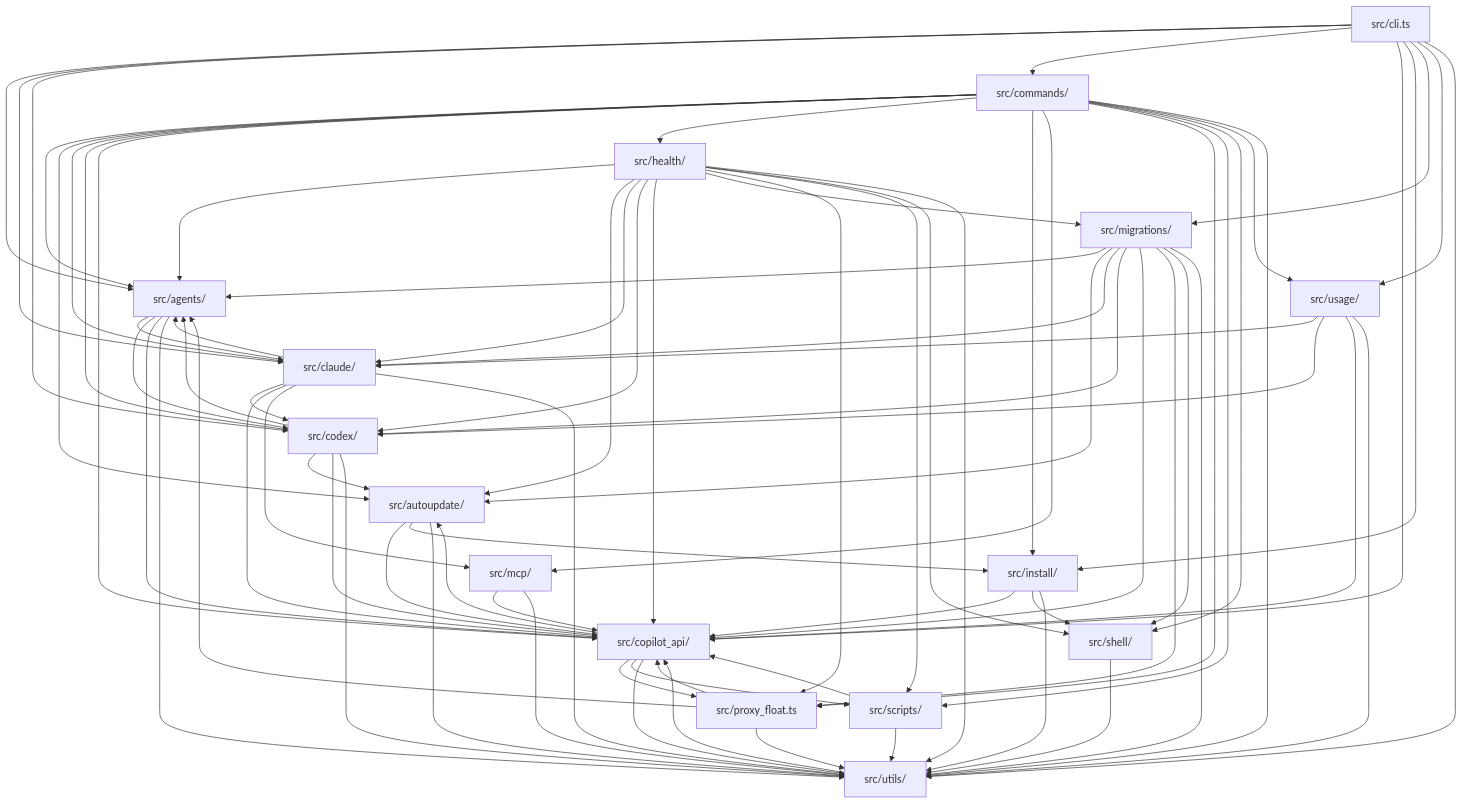
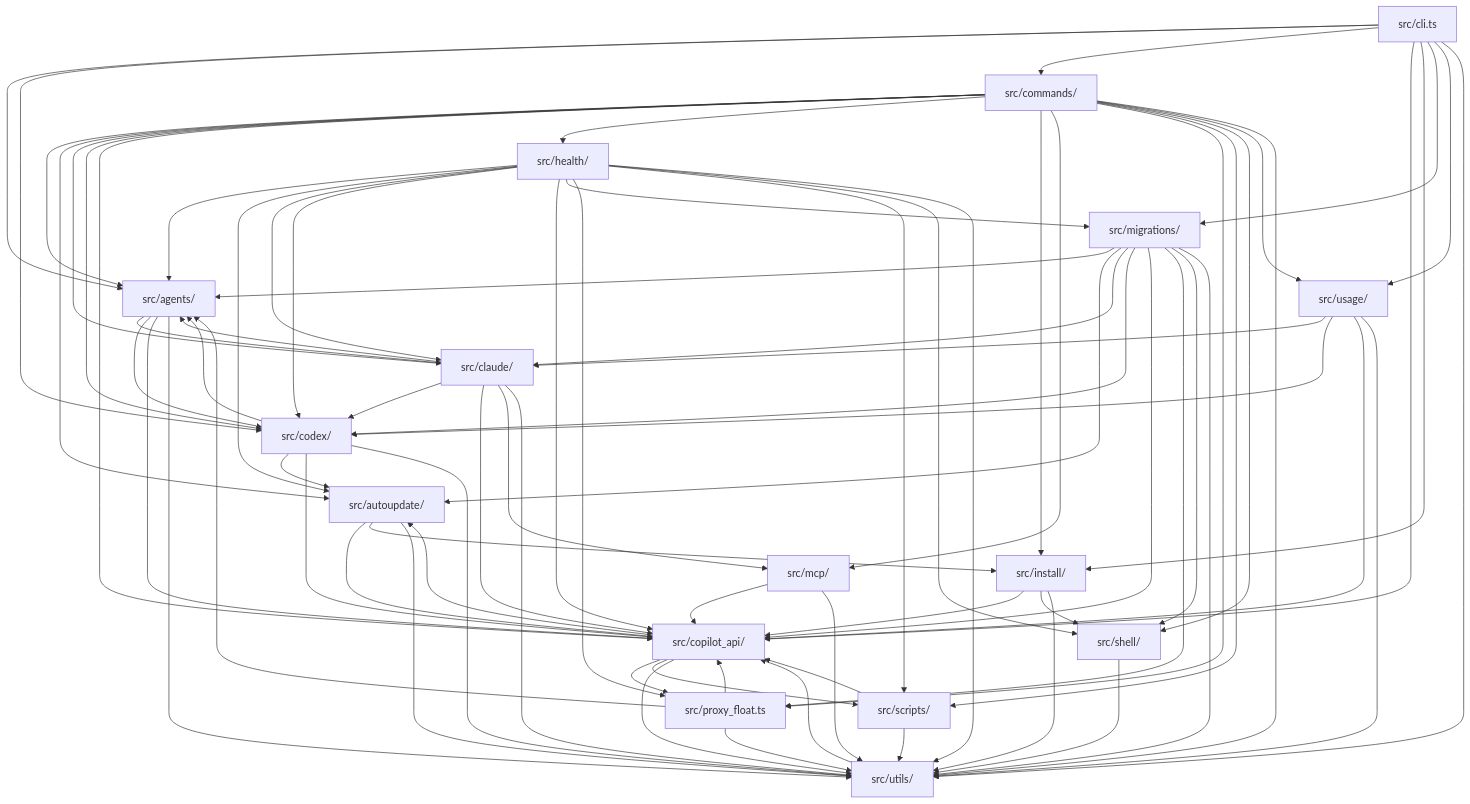
The eighth of 8 diagrams in docs/architecture.md (Vivswan/copilot-env), drawn with Mermaid before and after one commit. The commit also changed other lines of this file and 49 other files, not shown here.

```diff
--- a/docs/architecture.md
+++ b/docs/architecture.md
@@ -303,7 +308,6 @@
   scripts["src/scripts/"]
   utils["src/utils/"]
   cli --> agents
-  cli --> claude
   cli --> codex
   cli --> commands
   cli --> copilot_api
```
